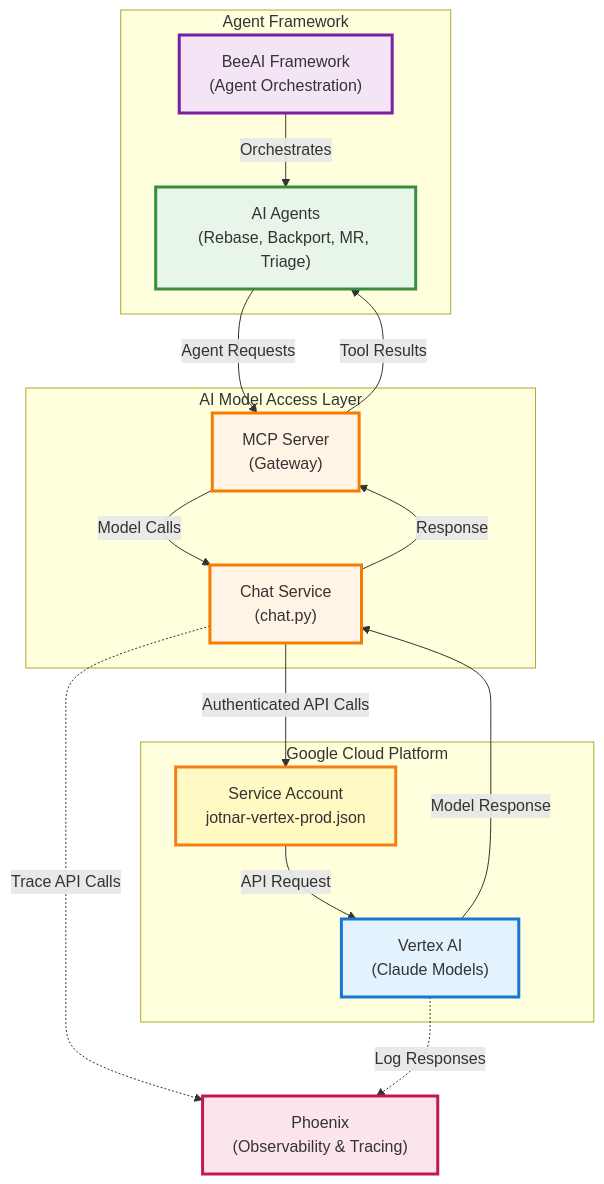
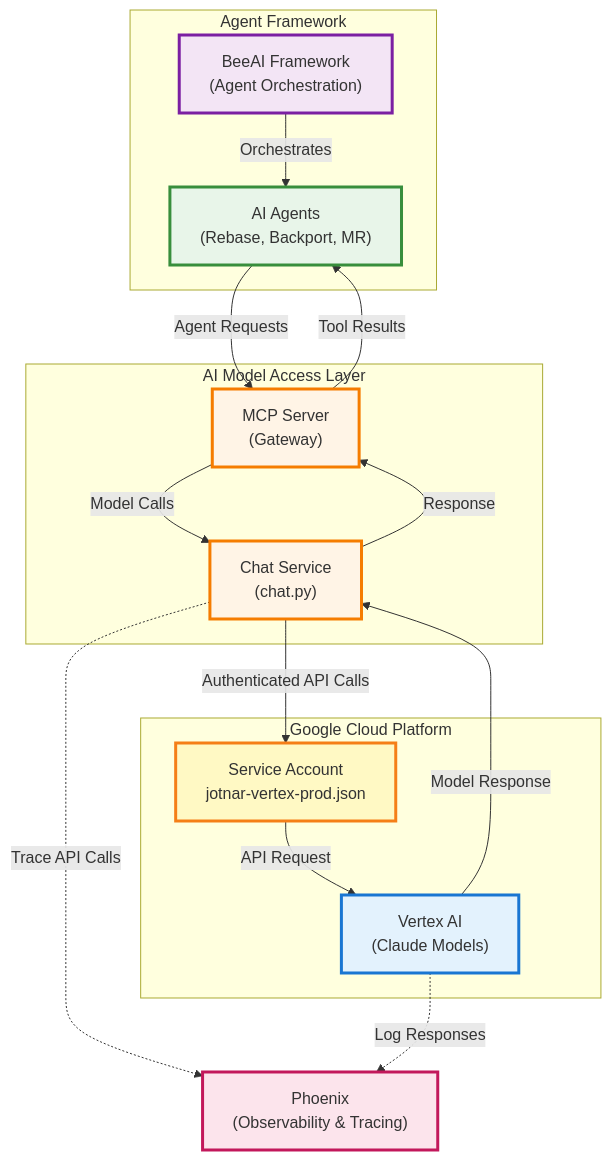
One commit to packit/ai-workflows changed the first of 3 diagrams in ai_providers_data_flow.md. Above: the diagram before and after it, drawn with Mermaid. The commit also changed other lines of this file and 19 other files, not shown here.

````diff
--- a/ai_providers_data_flow.md
+++ b/ai_providers_data_flow.md
@@ -7,39 +14,39 @@
 ```mermaid
 graph TD
     subgraph "Agent Framework"
         BEEAI["BeeAI Framework<br/>(Agent Orchestration)"]
-        AGENTS["AI Agents<br/>(Rebase, Backport, MR, Triage)"]
+        AGENTS["AI Agents<br/>(Rebase, Backport, MR)"]
     end
 
     subgraph "AI Model Access Layer"
         MCP["MCP Server<br/>(Gateway)"]
         CHAT["Chat Service<br/>(chat.py)"]
     end
 
     subgraph "Google Cloud Platform"
         VERTEX["Vertex AI<br/>(Claude Models)"]
         GCP_AUTH["Service Account<br/>jotnar-vertex-prod.json"]
     end
 
     PHOENIX["Phoenix<br/>(Observability & Tracing)"]
 
     BEEAI -->|"Orchestrates"| AGENTS
     AGENTS -->|"Agent Requests"| MCP
     MCP -->|"Model Calls"| CHAT
     CHAT -->|"Authenticated API Calls"| GCP_AUTH
     GCP_AUTH -->|"API Request"| VERTEX
     VERTEX -->|"Model Response"| CHAT
     CHAT -->|"Response"| MCP
     MCP -->|"Tool Results"| AGENTS
 
     CHAT -.->|"Trace API Calls"| PHOENIX
     VERTEX -.->|"Log Responses"| PHOENIX
 
     style BEEAI fill:#f3e5f5,stroke:#7b1fa2,stroke-width:3px
     style AGENTS fill:#e8f5e9,stroke:#388e3c,stroke-width:3px
     style MCP fill:#fff4e6,stroke:#f57c00,stroke-width:3px
     style CHAT fill:#fff4e6,stroke:#f57c00,stroke-width:3px
     style VERTEX fill:#e3f2fd,stroke:#1976d2,stroke-width:3px
     style GCP_AUTH fill:#fff9c4,stroke:#f57f17,stroke-width:3px
     style PHOENIX fill:#fce4ec,stroke:#c2185b,stroke-width:3px
 ```
````
